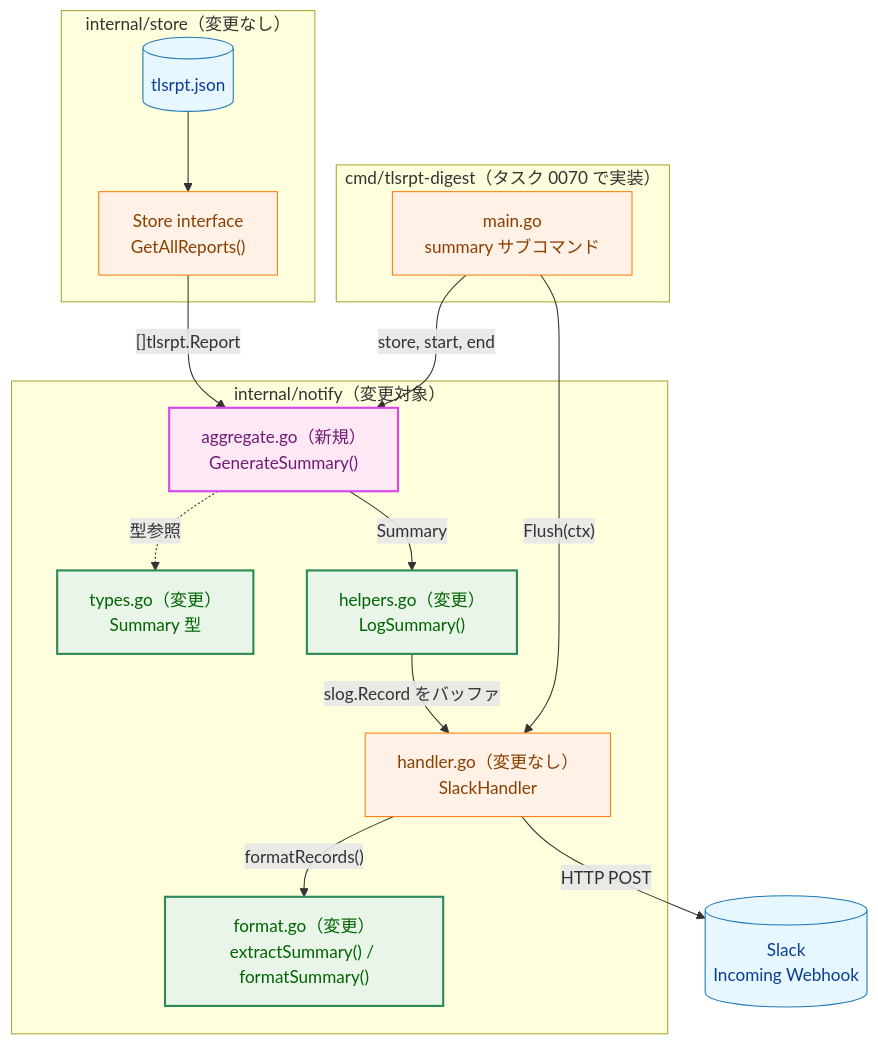
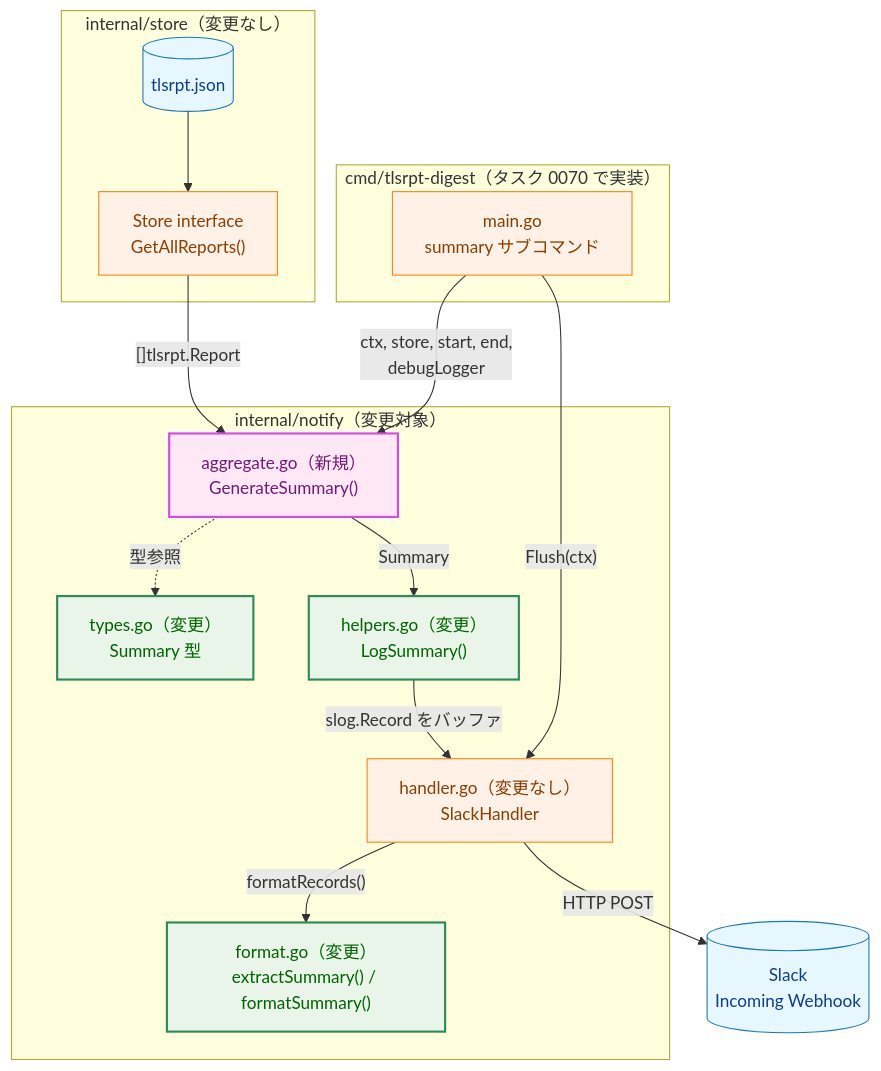
The second of 7 diagrams in docs/tasks/0050_weekly_summary/02_architecture.md (isseis/tlsrpt-digest), drawn with Mermaid before and after one commit. The commit also changed other lines of this file, not shown here.

First line of the commit message:
docs(weekly-summary): fix architecture doc inaccuracies from review

````diff
--- a/docs/tasks/0050_weekly_summary/02_architecture.md
+++ b/docs/tasks/0050_weekly_summary/02_architecture.md
@@ -66,42 +66,42 @@
 ```mermaid
 flowchart TD
     classDef data fill:#e6f7ff,stroke:#1f77b4,stroke-width:1px,color:#0b3d91;
     classDef process fill:#fff1e6,stroke:#ff7f0e,stroke-width:1px,color:#8a3e00;
     classDef enhanced fill:#e8f5e8,stroke:#2e8b57,stroke-width:2px,color:#006400;
     classDef newpkg fill:#ffe8f5,stroke:#d946ef,stroke-width:2px,color:#701a75;
 
     subgraph cmd_pkg ["cmd/tlsrpt-digest（タスク 0070 で実装）"]
         Main["main.go<br>summary サブコマンド"]
     end
 
     subgraph store_pkg ["internal/store（変更なし）"]
         StoreData[("tlsrpt.json")]
         StoreIface["Store interface<br>GetAllReports()"]
     end
 
     subgraph notify_pkg ["internal/notify（変更対象）"]
         Aggregate["aggregate.go（新規）<br>GenerateSummary()"]
         Types["types.go（変更）<br>Summary 型"]
         Helpers["helpers.go（変更）<br>LogSummary()"]
         Format["format.go（変更）<br>extractSummary() / formatSummary()"]
         Handler["handler.go（変更なし）<br>SlackHandler"]
     end
 
     External[("Slack<br>Incoming Webhook")]
 
-    Main -->|"store, start, end"| Aggregate
+    Main -->|"ctx, store, start, end,<br>debugLogger"| Aggregate
     StoreData --> StoreIface
     StoreIface -->|"[]tlsrpt.Report"| Aggregate
     Aggregate -.->|"型参照"| Types
     Aggregate -->|"Summary"| Helpers
     Helpers -->|"slog.Record をバッファ"| Handler
     Main -->|"Flush(ctx)"| Handler
     Handler -->|"formatRecords()"| Format
     Handler -->|"HTTP POST"| External
 
     class StoreData,External data
     class StoreIface,Handler process
     class Types,Helpers,Format enhanced
     class Aggregate newpkg
     class Main process
 ```
````
